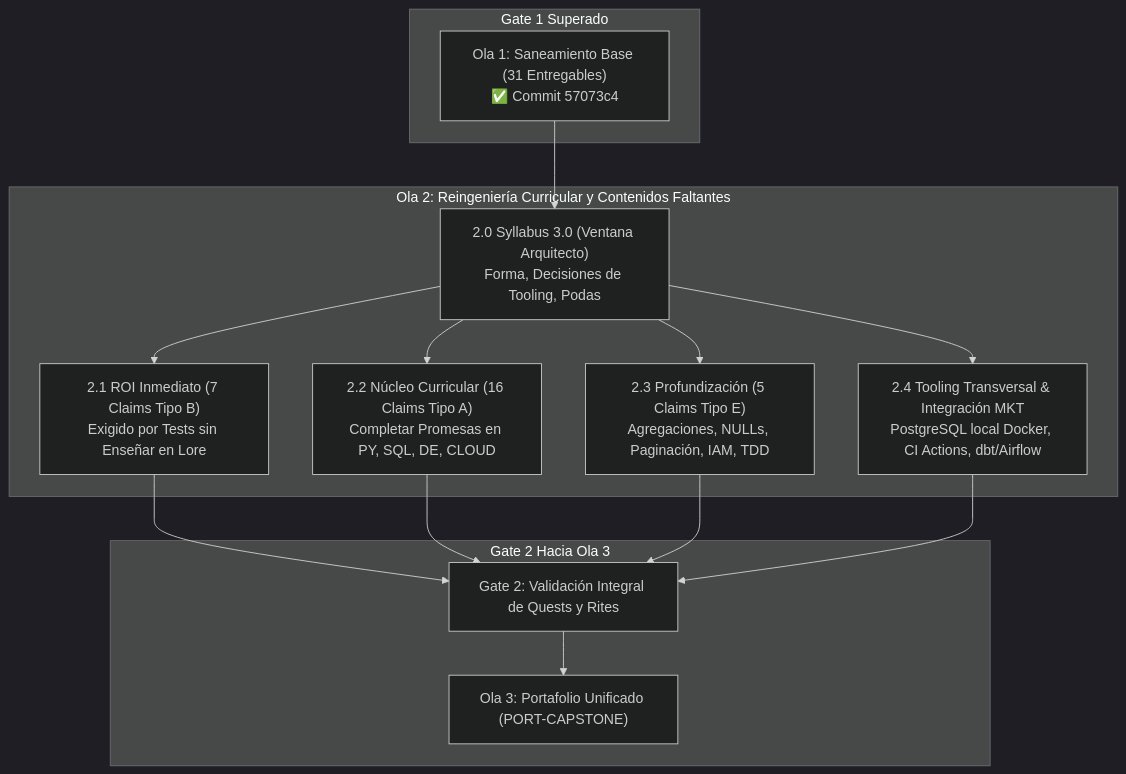
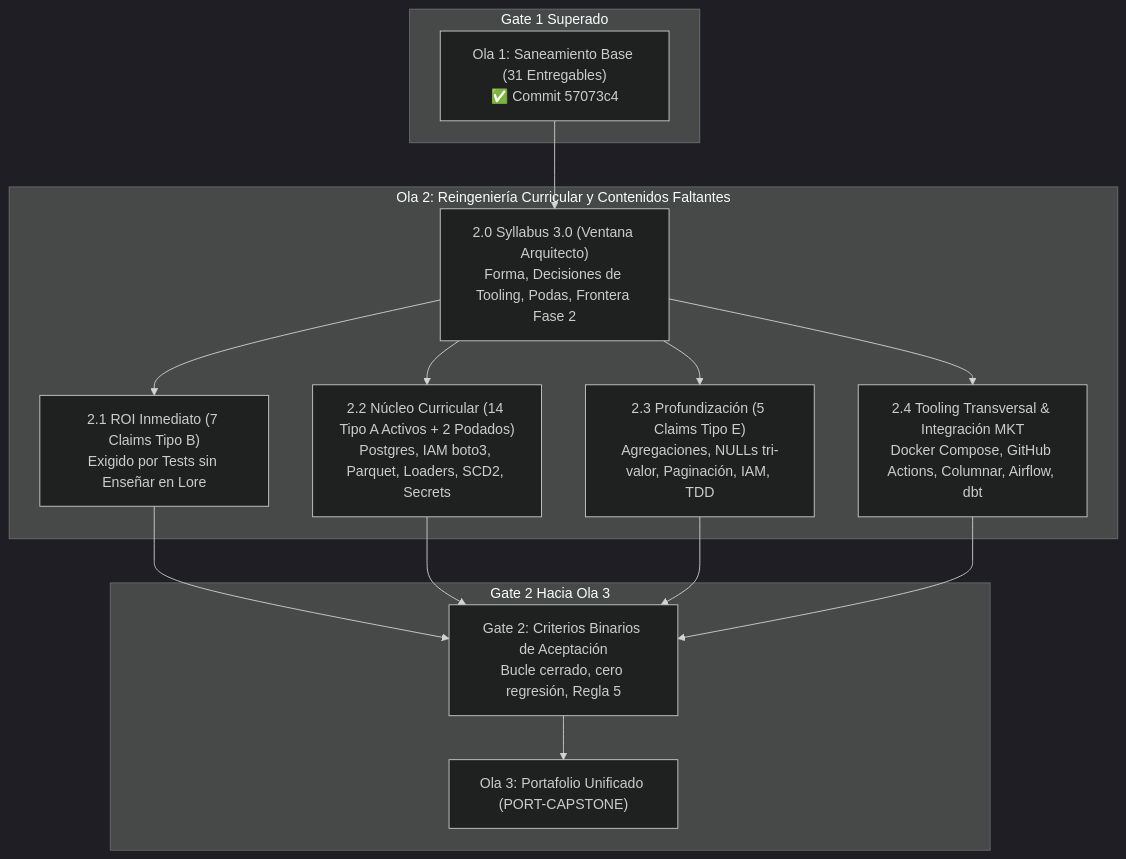
One commit to 01Ander/DoJo_Study changed the diagram in meta/remediacion/roadmap-ola-2.md. Above: the diagram before and after it, drawn with Mermaid (dark theme). The commit also changed other lines of this file, not shown here.

Commit message:
docs(remediacion): refinar roadmap-ola-2 con trazabilidad de 28 claims, Airflow, Columnar y Gate 2

````diff
--- a/meta/remediacion/roadmap-ola-2.md
+++ b/meta/remediacion/roadmap-ola-2.md
@@ -15,30 +15,30 @@
 ```mermaid
 graph TD
     subgraph Previo [Gate 1 Superado]
         G1["Ola 1: Saneamiento Base (31 Entregables)<br/>✅ Commit 57073c4"]
     end
 
     subgraph Ola 2 [Ola 2: Reingeniería Curricular y Contenidos Faltantes]
-        S3["2.0 Syllabus 3.0 (Ventana Arquitecto)<br/>Forma, Decisiones de Tooling, Podas"]
+        S3["2.0 Syllabus 3.0 (Ventana Arquitecto)<br/>Forma, Decisiones de Tooling, Podas, Frontera Fase 2"]
         B1["2.1 ROI Inmediato (7 Claims Tipo B)<br/>Exigido por Tests sin Enseñar en Lore"]
-        B2["2.2 Núcleo Curricular (16 Claims Tipo A)<br/>Completar Promesas en PY, SQL, DE, CLOUD"]
-        B3["2.3 Profundización (5 Claims Tipo E)<br/>Agregaciones, NULLs, Paginación, IAM, TDD"]
-        B4["2.4 Tooling Transversal & Integración MKT<br/>PostgreSQL local Docker, CI Actions, dbt/Airflow"]
+        B2["2.2 Núcleo Curricular (14 Tipo A Activos + 2 Podados)<br/>Postgres, IAM boto3, Parquet, Loaders, SCD2, Secrets"]
+        B3["2.3 Profundización (5 Claims Tipo E)<br/>Agregaciones, NULLs tri-valor, Paginación, IAM, TDD"]
+        B4["2.4 Tooling Transversal & Integración MKT<br/>Docker Compose, GitHub Actions, Columnar, Airflow, dbt"]
     end
 
     subgraph Futuro [Gate 2 Hacia Ola 3]
-        G2["Gate 2: Validación Integral de Quests y Rites"]
+        G2["Gate 2: Criterios Binarios de Aceptación<br/>Bucle cerrado, cero regresión, Regla 5"]
         O3["Ola 3: Portafolio Unificado (PORT-CAPSTONE)"]
     end
 
     G1 --> S3
     S3 --> B1
     S3 --> B2
     S3 --> B3
     S3 --> B4
     B1 --> G2
     B2 --> G2
     B3 --> G2
     B4 --> G2
     G2 --> O3
 ```
````
